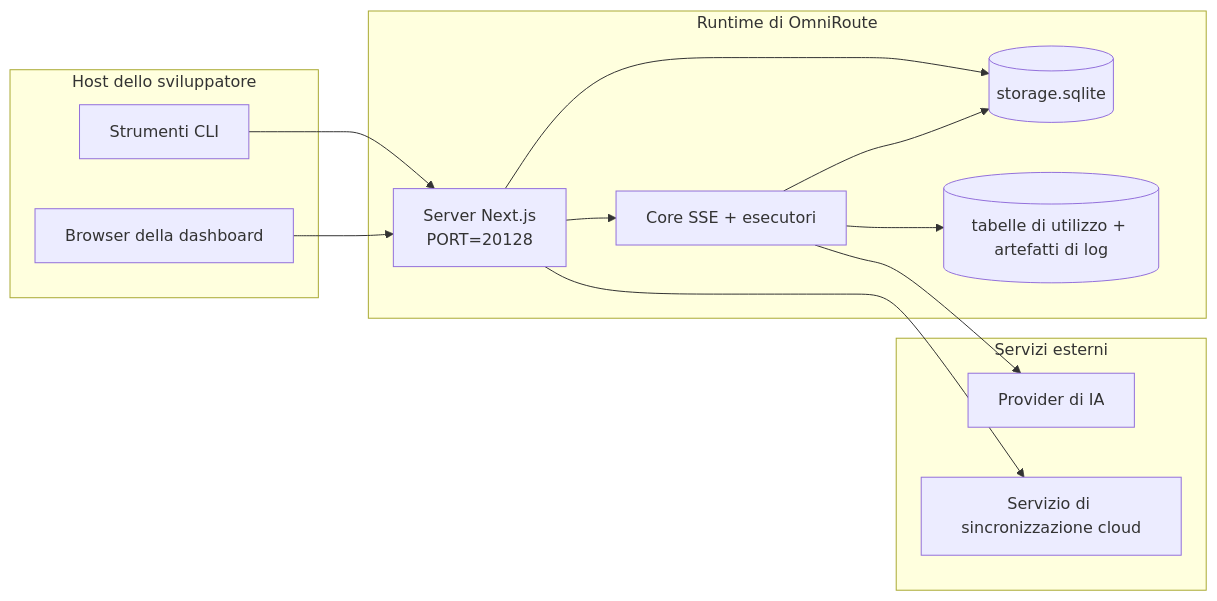
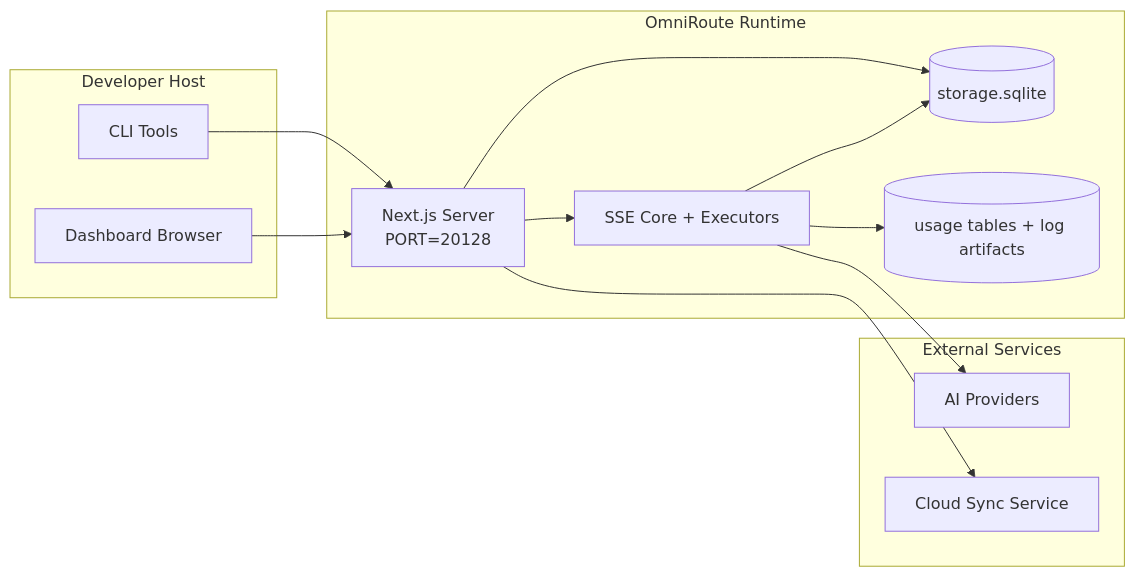
Before and after one commit to niyatna/NiyatnaRoute: the seventh of 7 diagrams in docs/i18n/it/docs/architecture/ARCHITECTURE.md, drawn with Mermaid. The commit also changed other lines of this file and 2447 other files, not shown here.

````diff
--- a/docs/i18n/it/docs/architecture/ARCHITECTURE.md
+++ b/docs/i18n/it/docs/architecture/ARCHITECTURE.md
@@ -811,28 +583,28 @@
 ```mermaid
 flowchart LR
-    subgraph LocalHost[Host dello sviluppatore]
-        CLI[Strumenti CLI]
-        Browser[Browser della dashboard]
+    subgraph LocalHost[Developer Host]
+        CLI[CLI Tools]
+        Browser[Dashboard Browser]
     end
 
-    subgraph ContainerOrProcess[Runtime di OmniRoute]
-        Next[Server Next.js\nPORT=20128]
-        Core[Core SSE + esecutori]
+    subgraph ContainerOrProcess[OmniRoute Runtime]
+        Next[Next.js Server\nPORT=20128]
+        Core[SSE Core + Executors]
         MainDB[(storage.sqlite)]
-        UsageDB[(tabelle di utilizzo + artefatti di log)]
+        UsageDB[(usage tables + log artifacts)]
     end
 
-    subgraph External[Servizi esterni]
-        Providers[Provider di IA]
-        SyncCloud[Servizio di sincronizzazione cloud]
+    subgraph External[External Services]
+        Providers[AI Providers]
+        SyncCloud[Cloud Sync Service]
     end
 
     CLI --> Next
     Browser --> Next
     Next --> Core
     Next --> MainDB
     Core --> MainDB
     Core --> UsageDB
     Core --> Providers
     Next --> SyncCloud
 ```
````
